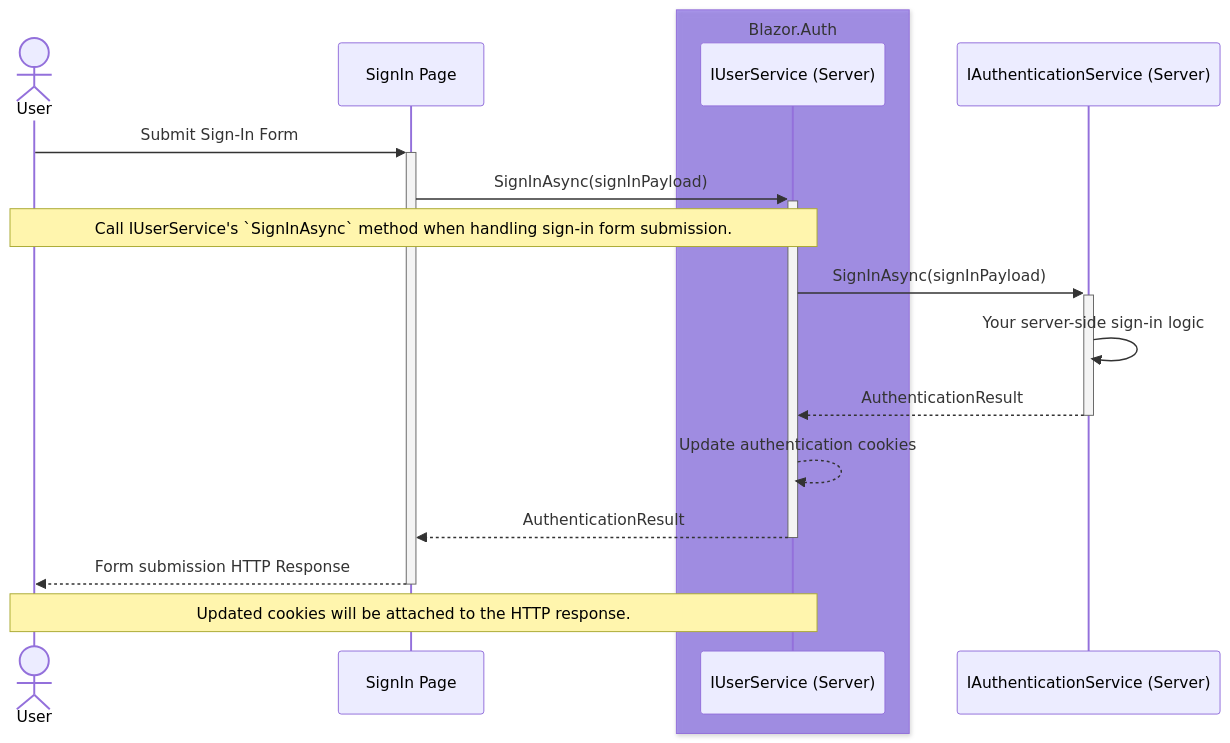
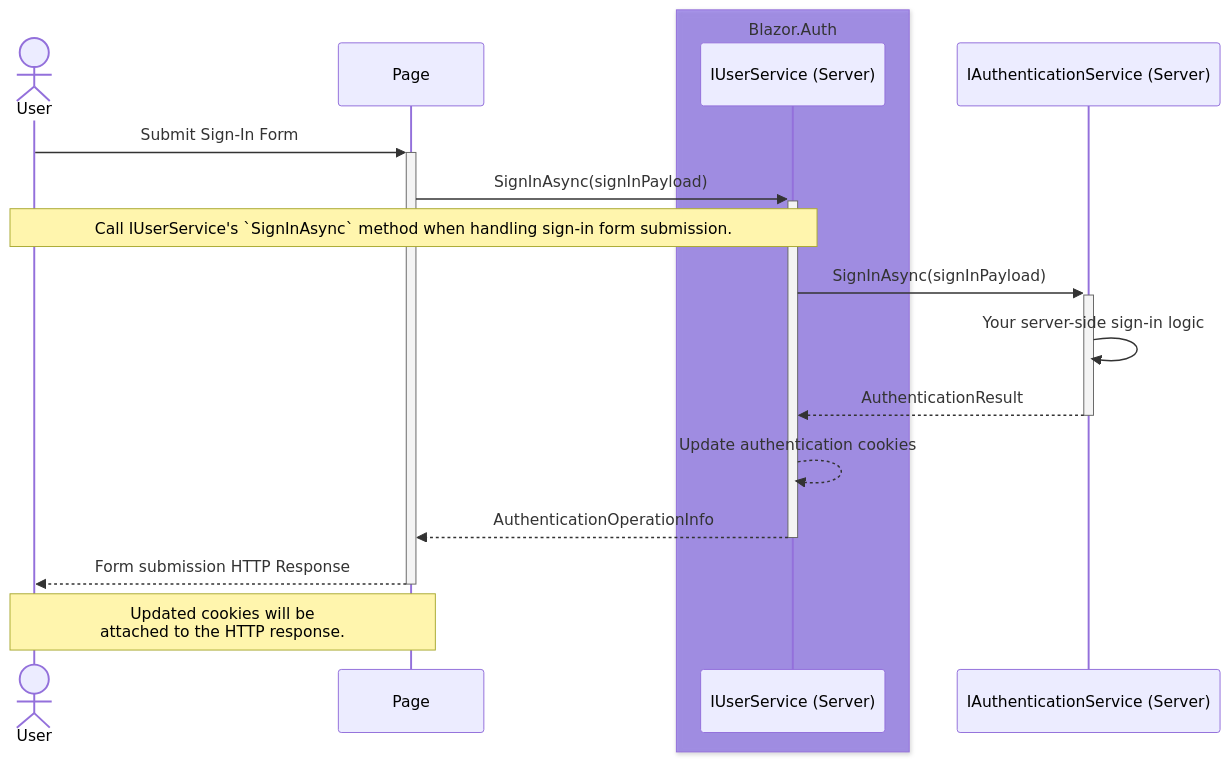
The first of 3 diagrams in docs/src/04.use-cases/01.static-ssr.md (BitzArt/Blazor.Auth), drawn with Mermaid before and after one commit. The commit also changed other lines of this file and 101 other files, not shown here.

````diff
--- a/docs/src/04.use-cases/01.static-ssr.md
+++ b/docs/src/04.use-cases/01.static-ssr.md
@@ -11,27 +11,27 @@
 ```mermaid
 sequenceDiagram
 
 actor user as User
-participant page as SignIn Page
+participant page as Page
 
 box rgba(101, 63, 232, 0.5) Blazor.Auth
 participant userService as IUserService (Server)
 end
 participant authService as IAuthenticationService (Server)
 
 user ->>+ page: Submit Sign-In Form
 
 page ->>+ userService: SignInAsync(signInPayload)
 note over user,userService: Call IUserService's `SignInAsync` method when handling sign-in form submission.
 
 userService ->>+ authService: SignInAsync(signInPayload)
 authService ->> authService: Your server-side sign-in logic
 
 authService -->>- userService: AuthenticationResult
 
 userService -->> userService: Update authentication cookies
-userService -->>- page: AuthenticationResult
+userService -->>- page: AuthenticationOperationInfo
 
 page -->>- user:  Form submission HTTP Response
-note over user,userService: Updated cookies will be attached to the HTTP response.
+note over user,page: Updated cookies will be <br/> attached to the HTTP response.
 ```
````
